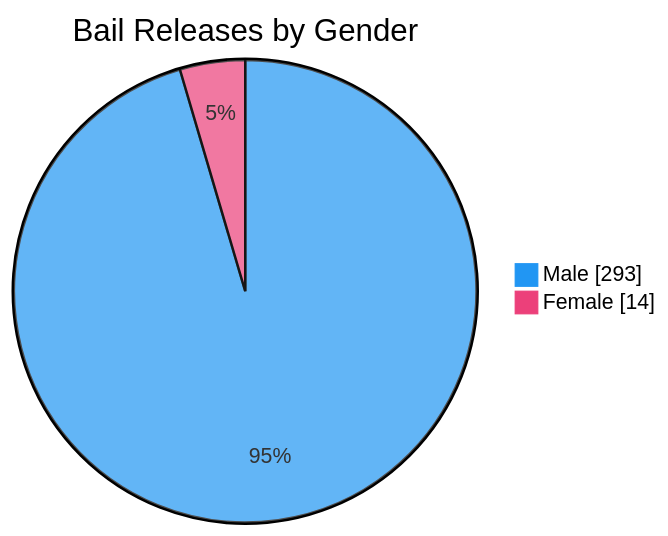
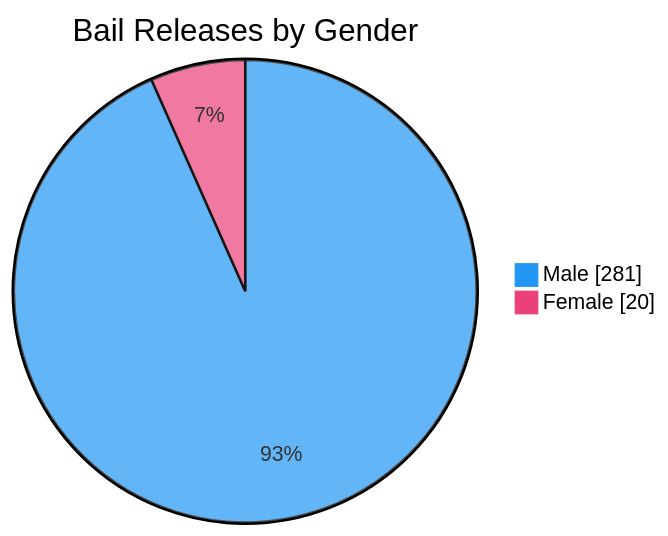
The seventh of 7 diagrams in README.md (nuuuwan/lk_prisons), drawn with Mermaid before and after one commit. The commit also changed other lines of this file and 1 other file, not shown here.

````diff
--- a/README.md
+++ b/README.md
@@ -109,6 +109,6 @@
 ```mermaid
 %%{init: {'themeVariables': {'pie1': '#2196F3', 'pie2': '#EC407A'}}}%%
 pie showData title Bail Releases by Gender
-    "Male" : 293
-    "Female" : 14
+    "Male" : 281
+    "Female" : 20
 ```
````
